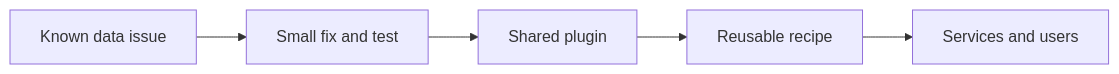
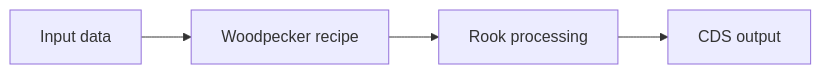
The fourth of 4 diagrams in woodpecker-milano-slides.md (roocs/woodpecker), drawn with Mermaid before and after one commit. The commit also changed other lines of this file, not shown here.

````diff
--- a/woodpecker-milano-slides.md
+++ b/woodpecker-milano-slides.md
@@ -166,7 +201,6 @@
 ```mermaid
 flowchart LR
-    I["Known data issue"] --> F["Small fix and test"]
-    F --> P["Shared plugin"]
-    P --> R["Reusable recipe"]
-    R --> U["Services and users"]
+    D["Input data"] --> W["Woodpecker recipe"]
+    W --> R["Rook processing"]
+    R --> O["CDS output"]
 ```
````
